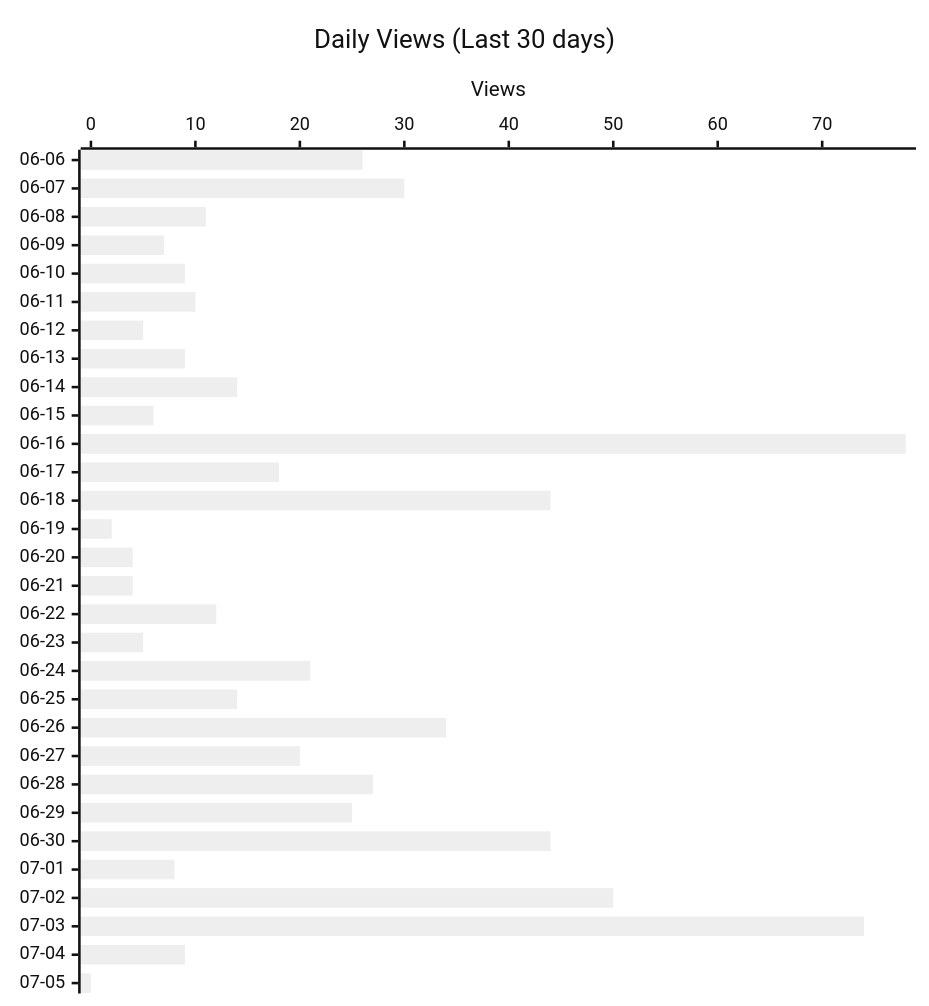
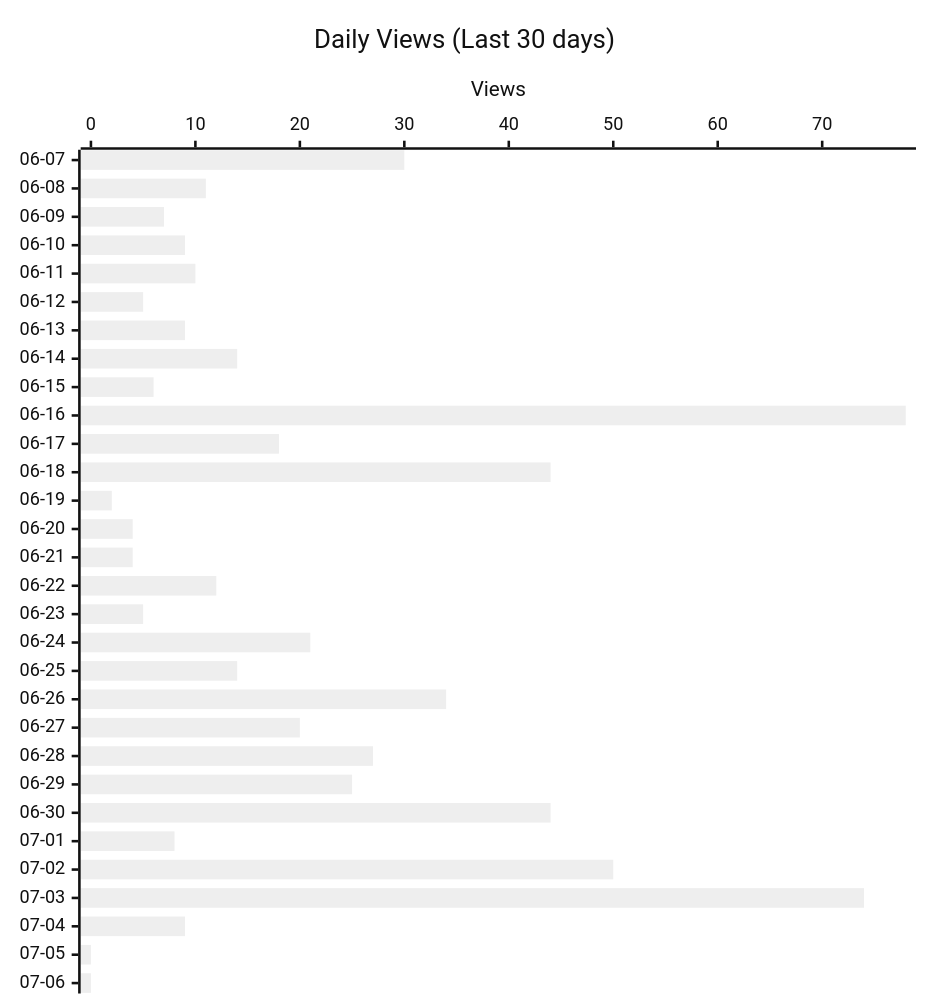
One commit to shigechika/github-insights changed the second of 4 diagrams in README.md. Above: the diagram before and after it, drawn with Mermaid (neutral theme). The commit also changed other lines of this file and 2 other files, not shown here.

````diff
--- a/README.md
+++ b/README.md
@@ -28,12 +28,12 @@
 ```mermaid
 ---
 config:
   xyChart:
     height: 760
 ---
 xychart-beta horizontal
     title "Daily Views (Last 30 days)"
-    x-axis ["06-06", "06-07", "06-08", "06-09", "06-10", "06-11", "06-12", "06-13", "06-14", "06-15", "06-16", "06-17", "06-18", "06-19", "06-20", "06-21", "06-22", "06-23", "06-24", "06-25", "06-26", "06-27", "06-28", "06-29", "06-30", "07-01", "07-02", "07-03", "07-04", "07-05"]
+    x-axis ["06-07", "06-08", "06-09", "06-10", "06-11", "06-12", "06-13", "06-14", "06-15", "06-16", "06-17", "06-18", "06-19", "06-20", "06-21", "06-22", "06-23", "06-24", "06-25", "06-26", "06-27", "06-28", "06-29", "06-30", "07-01", "07-02", "07-03", "07-04", "07-05", "07-06"]
     y-axis "Views"
-    bar [26, 30, 11, 7, 9, 10, 5, 9, 14, 6, 78, 18, 44, 2, 4, 4, 12, 5, 21, 14, 34, 20, 27, 25, 44, 8, 50, 74, 9, 0]
+    bar [30, 11, 7, 9, 10, 5, 9, 14, 6, 78, 18, 44, 2, 4, 4, 12, 5, 21, 14, 34, 20, 27, 25, 44, 8, 50, 74, 9, 0, 0]
 ```
````
